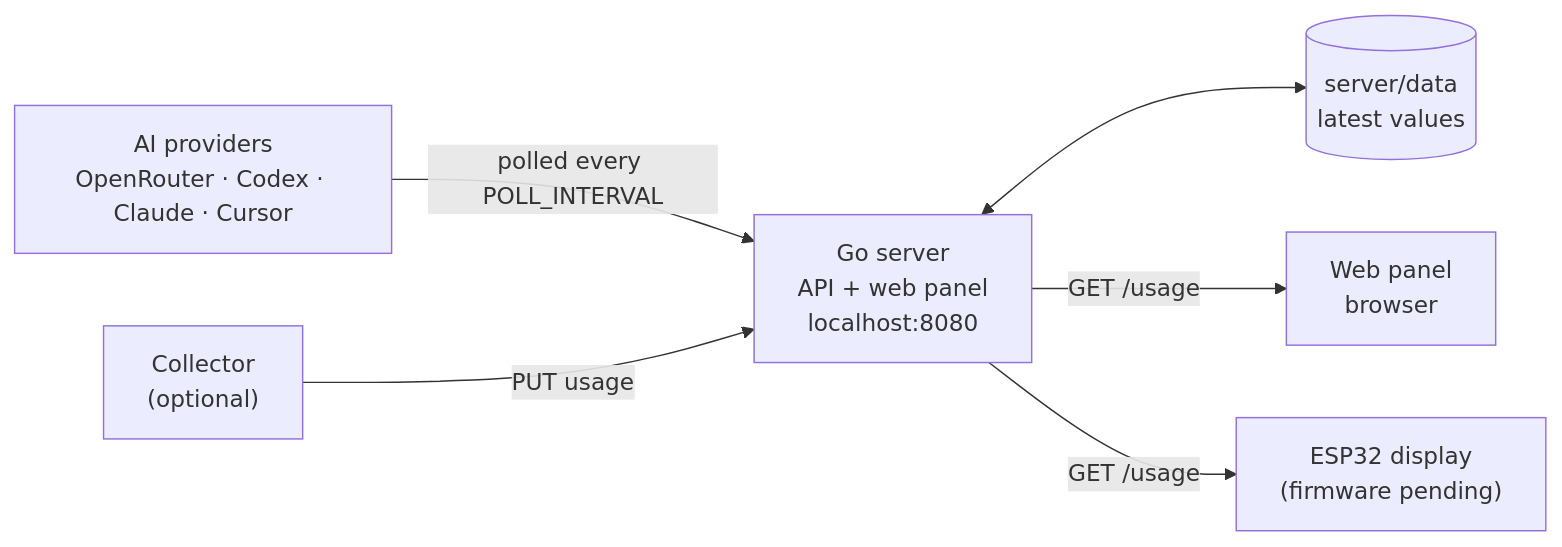
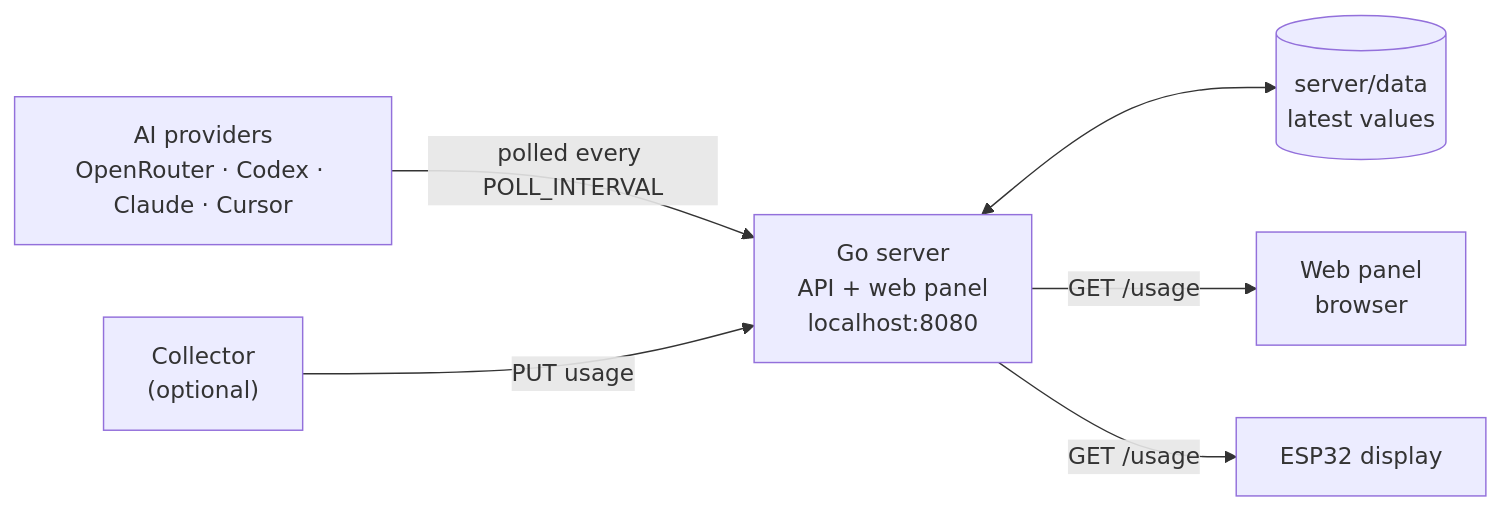
Before and after one commit to a-bianchi/ai-quota-monitor: the diagram in README.md, drawn with Mermaid. The commit also changed other lines of this file and 30 other files, not shown here.

````diff
--- a/README.md
+++ b/README.md
@@ -82,15 +82,15 @@
 ```mermaid
 flowchart LR
     P["AI providers<br/>OpenRouter · Codex · Claude · Cursor"]
     C["Collector<br/>(optional)"]
     S["Go server<br/>API + web panel<br/>localhost:8080"]
     D[("server/data<br/>latest values")]
     W["Web panel<br/>browser"]
-    E["ESP32 display<br/>(firmware pending)"]
+    E["ESP32 display"]
 
     P -- "polled every POLL_INTERVAL" --> S
     C -- "PUT usage" --> S
     S <--> D
     S -- "GET /usage" --> W
     S -- "GET /usage" --> E
 ```
````
